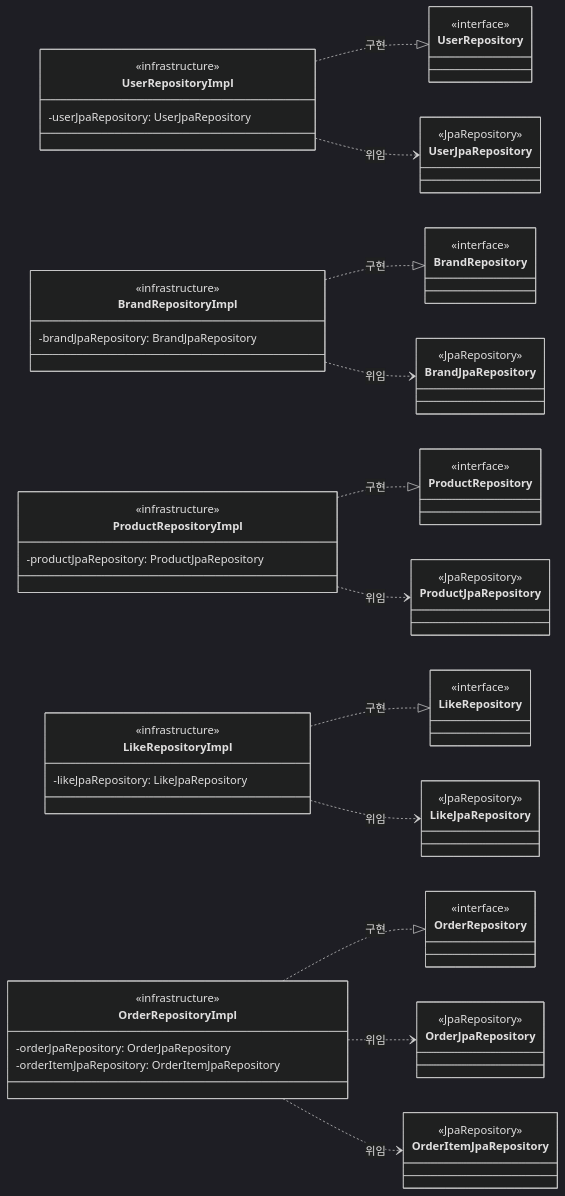
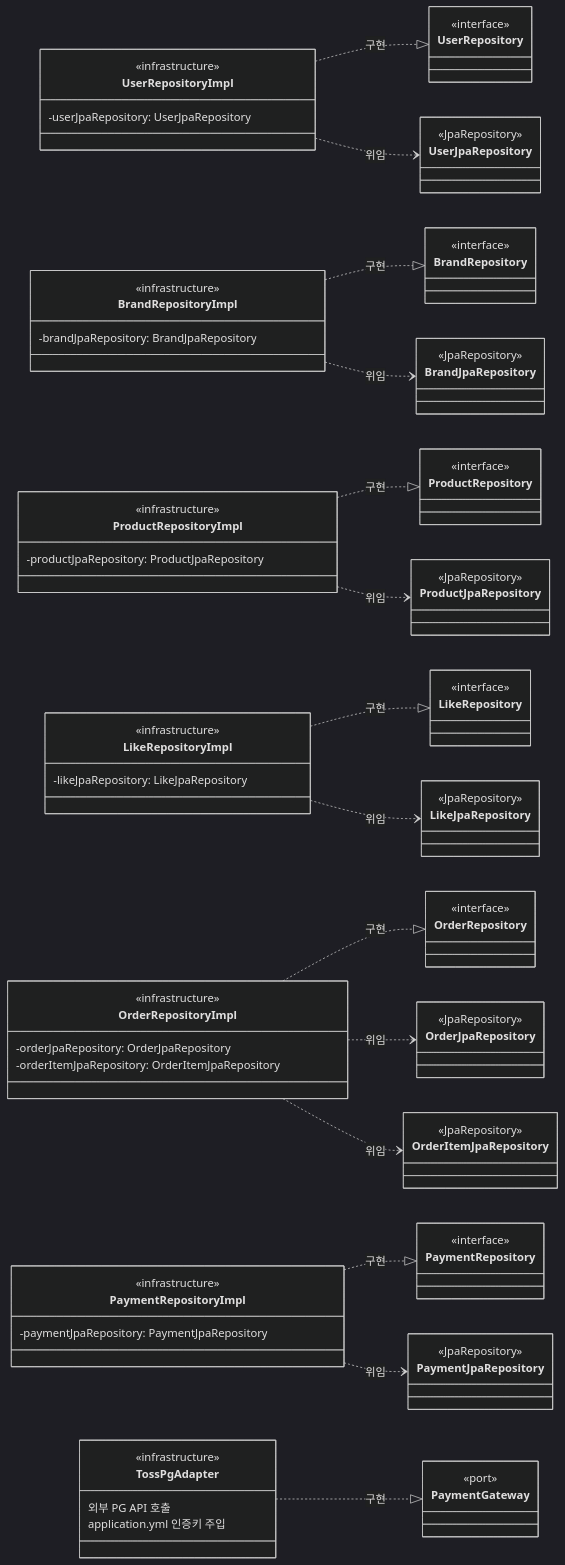
The eighth of 8 diagrams in .docs/design/03-class-diagram.md (loopers-labs/loop-pack-be-l2-vol4-java), drawn with Mermaid (dark theme) before and after one commit. The commit also changed other lines of this file and 8 other files, not shown here.

````diff
--- a/.docs/design/03-class-diagram.md
+++ b/.docs/design/03-class-diagram.md
@@ -705,52 +866,67 @@
 ```mermaid
 classDiagram
     direction LR
 
     class UserRepository { <<interface>> }
     class BrandRepository { <<interface>> }
     class ProductRepository { <<interface>> }
     class LikeRepository { <<interface>> }
     class OrderRepository { <<interface>> }
+    class PaymentRepository { <<interface>> }
+    class PaymentGateway { <<port>> }
 
     class UserRepositoryImpl {
         <<infrastructure>>
         -userJpaRepository: UserJpaRepository
     }
     class BrandRepositoryImpl {
         <<infrastructure>>
         -brandJpaRepository: BrandJpaRepository
     }
     class ProductRepositoryImpl {
         <<infrastructure>>
         -productJpaRepository: ProductJpaRepository
     }
     class LikeRepositoryImpl {
         <<infrastructure>>
         -likeJpaRepository: LikeJpaRepository
     }
     class OrderRepositoryImpl {
         <<infrastructure>>
         -orderJpaRepository: OrderJpaRepository
         -orderItemJpaRepository: OrderItemJpaRepository
     }
+    class PaymentRepositoryImpl {
+        <<infrastructure>>
+        -paymentJpaRepository: PaymentJpaRepository
+    }
+    class TossPgAdapter {
+        <<infrastructure>>
+        외부 PG API 호출
+        application.yml 인증키 주입
+    }
 
     class UserJpaRepository { <<JpaRepository>> }
     class BrandJpaRepository { <<JpaRepository>> }
     class ProductJpaRepository { <<JpaRepository>> }
     class LikeJpaRepository { <<JpaRepository>> }
     class OrderJpaRepository { <<JpaRepository>> }
     class OrderItemJpaRepository { <<JpaRepository>> }
+    class PaymentJpaRepository { <<JpaRepository>> }
 
     UserRepositoryImpl ..|> UserRepository : 구현
     BrandRepositoryImpl ..|> BrandRepository : 구현
     ProductRepositoryImpl ..|> ProductRepository : 구현
     LikeRepositoryImpl ..|> LikeRepository : 구현
     OrderRepositoryImpl ..|> OrderRepository : 구현
+    PaymentRepositoryImpl ..|> PaymentRepository : 구현
+    TossPgAdapter ..|> PaymentGateway : 구현
 
     UserRepositoryImpl ..> UserJpaRepository : 위임
     BrandRepositoryImpl ..> BrandJpaRepository : 위임
     ProductRepositoryImpl ..> ProductJpaRepository : 위임
     LikeRepositoryImpl ..> LikeJpaRepository : 위임
     OrderRepositoryImpl ..> OrderJpaRepository : 위임
     OrderRepositoryImpl ..> OrderItemJpaRepository : 위임
+    PaymentRepositoryImpl ..> PaymentJpaRepository : 위임
 ```
````
